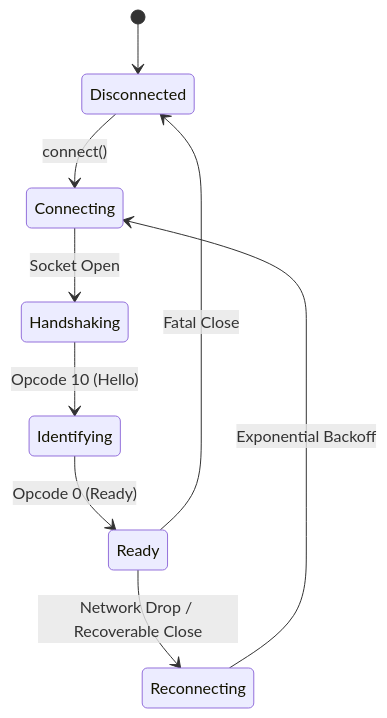
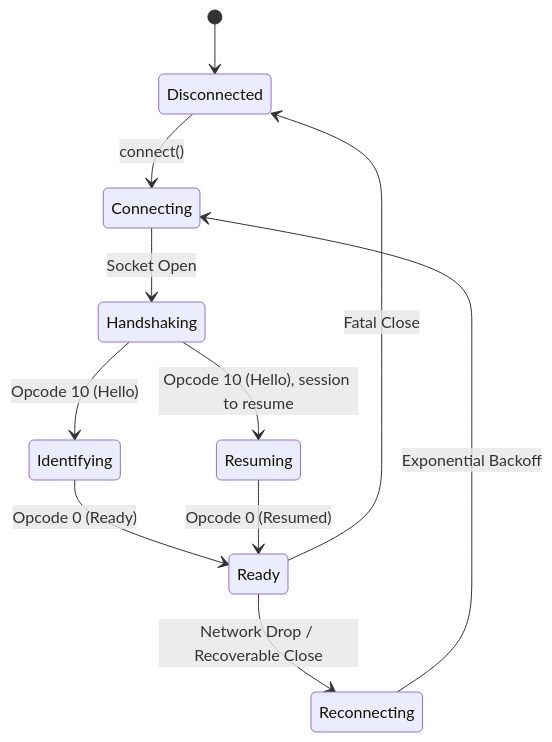
The diagram in lunibee.js.org/src/content/docs/core-concepts/gateway.mdx (ekretos/lunibee), drawn with Mermaid before and after one commit. The commit also changed other lines of this file and 39 other files, not shown here.

````diff
--- a/lunibee.js.org/src/content/docs/core-concepts/gateway.mdx
+++ b/lunibee.js.org/src/content/docs/core-concepts/gateway.mdx
@@ -12,11 +12,13 @@
 ```mermaid
 stateDiagram-v2
     [*] --> Disconnected
     Disconnected --> Connecting: connect()
     Connecting --> Handshaking: Socket Open
     Handshaking --> Identifying: Opcode 10 (Hello)
     Identifying --> Ready: Opcode 0 (Ready)
+    Handshaking --> Resuming: Opcode 10 (Hello), session to resume
+    Resuming --> Ready: Opcode 0 (Resumed)
     Ready --> Reconnecting: Network Drop / Recoverable Close
     Ready --> Disconnected: Fatal Close
     Reconnecting --> Connecting: Exponential Backoff
 ```
````
